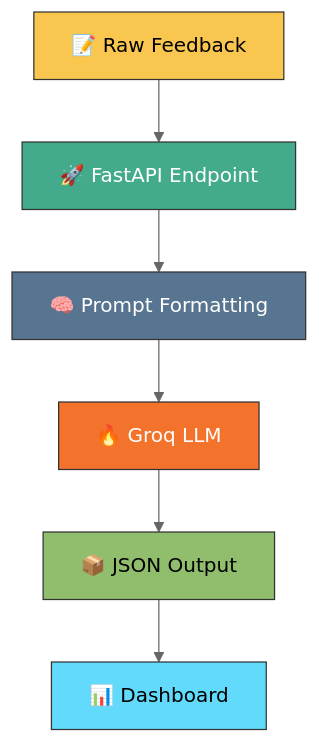
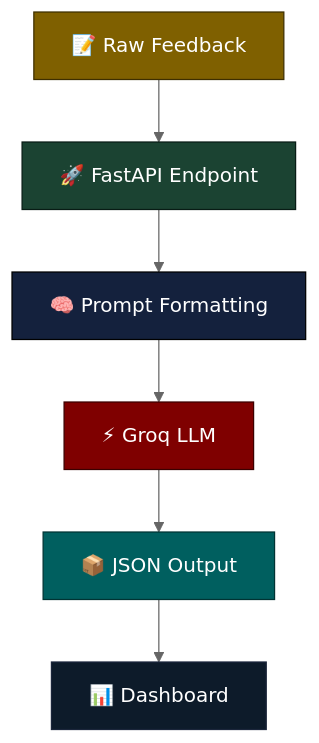
The second of 4 diagrams in Readme.md (kaushlendra0607/NLP_Sentiment_Analysis), drawn with Mermaid (neutral theme) before and after one commit. The commit also changed other lines of this file, not shown here.

````diff
--- a/Readme.md
+++ b/Readme.md
@@ -91,16 +90,16 @@
 ```mermaid
 flowchart TD
 
-    A[📝 Raw Feedback]:::input --> B[🚀 FastAPI Endpoint]:::backend
+    A[📝 Raw Feedback]:::user --> B[🚀 FastAPI Endpoint]:::backend
     B --> C[🧠 Prompt Formatting]:::logic
-    C --> D[🔥 Groq LLM]:::llm
+    C --> D[⚡ Groq LLM]:::llm
     D --> E[📦 JSON Output]:::output
     E --> F[📊 Dashboard]:::frontend
 
-    classDef input fill:#f9c74f,stroke:#333,color:#000;
-    classDef backend fill:#43aa8b,stroke:#333,color:#fff;
-    classDef logic fill:#577590,stroke:#333,color:#fff;
-    classDef llm fill:#f3722c,stroke:#333,color:#fff;
-    classDef output fill:#90be6d,stroke:#333,color:#000;
-    classDef frontend fill:#61dafb,stroke:#333,color:#000;
+    classDef user fill:#7f6000,stroke:#3e2f00,color:#ffffff;
+    classDef backend fill:#1b4332,stroke:#081c15,color:#ffffff;
+    classDef logic fill:#14213d,stroke:#000000,color:#ffffff;
+    classDef llm fill:#7f0000,stroke:#3b0000,color:#ffffff;
+    classDef output fill:#005f5f,stroke:#003333,color:#ffffff;
+    classDef frontend fill:#0d1b2a,stroke:#1b263b,color:#ffffff;
 ```
````
